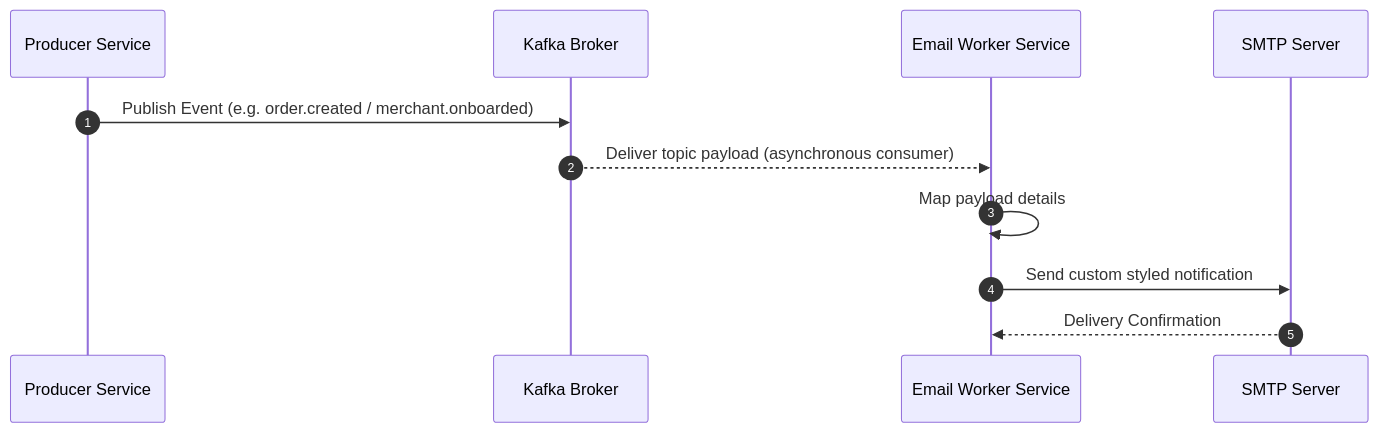
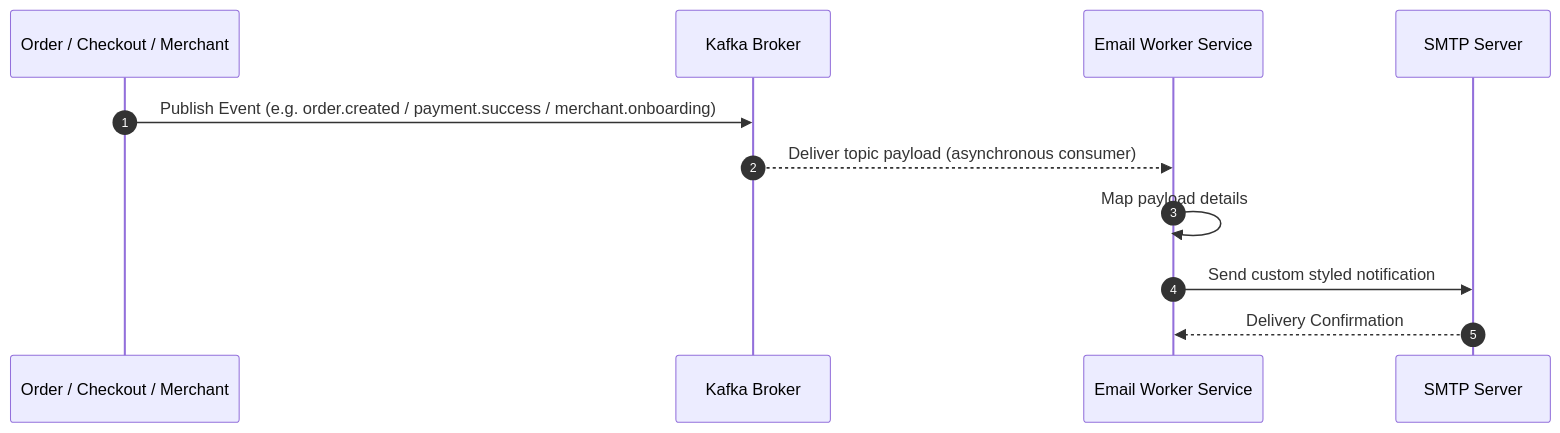
The fifth of 8 diagrams in README.md (MamangRust/modular-monolith-vertx-ecommerce), drawn with Mermaid before and after one commit. The commit also changed other lines of this file, not shown here.

Commit message:
docs: update README documentation and architecture diagram to reflect service structure and tech stack refinements

````diff
--- a/README.md
+++ b/README.md
@@ -312,14 +390,14 @@
 ```mermaid
 sequenceDiagram
     autonumber
-    participant SVC as Producer Service
+    participant SVC as Order / Checkout / Merchant
     participant K as Kafka Broker
     participant EMAIL as Email Worker Service
     participant SMTP as SMTP Server
 
-    SVC->>K: Publish Event (e.g. order.created / merchant.onboarded)
+    SVC->>K: Publish Event (e.g. order.created / payment.success / merchant.onboarding)
     K-->>EMAIL: Deliver topic payload (asynchronous consumer)
     EMAIL->>EMAIL: Map payload details
     EMAIL->>SMTP: Send custom styled notification
     SMTP-->>EMAIL: Delivery Confirmation
 ```
````
